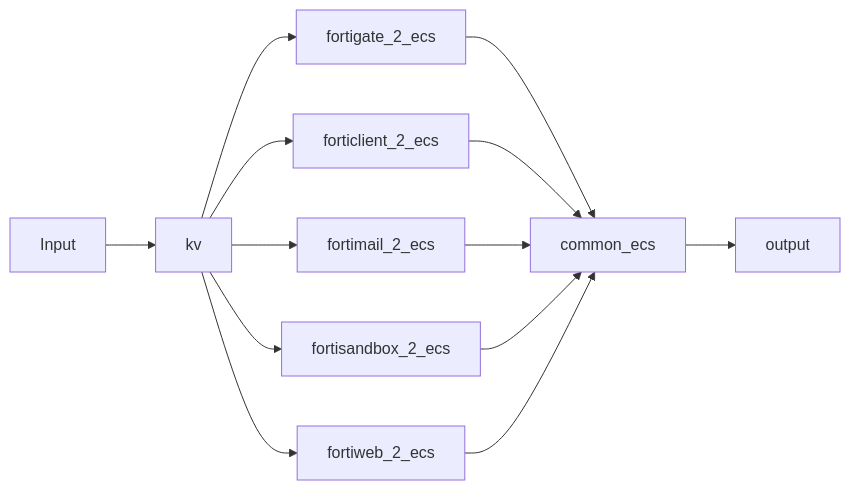
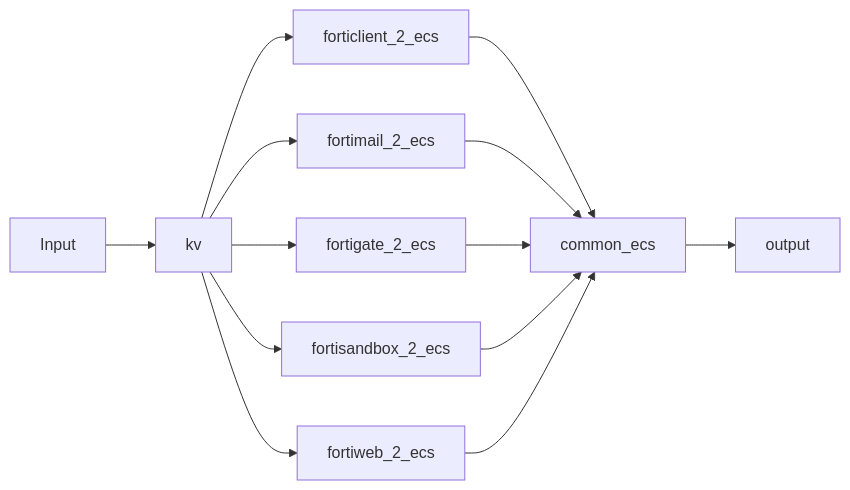
Before and after one commit to enotspe/fortinet-2-elasticsearch: the diagram in README.md, drawn with Mermaid. The commit also changed other lines of this file, not shown here.

````diff
--- a/README.md
+++ b/README.md
@@ -209,15 +209,15 @@
 ```mermaid
 graph LR;
     Input-->kv;
+    kv-->fortimail_2_ecs;
+    kv-->forticlient_2_ecs;
     kv-->fortigate_2_ecs;
-    kv-->forticlient_2_ecs;
-    kv-->fortimail_2_ecs;
     kv-->fortisandbox_2_ecs;
     kv-->fortiweb_2_ecs;
-    fortigate_2_ecs-->common_ecs;
     forticlient_2_ecs-->common_ecs;
     fortimail_2_ecs-->common_ecs;
+    fortigate_2_ecs-->common_ecs;
     fortisandbox_2_ecs-->common_ecs;
     fortiweb_2_ecs-->common_ecs;
     common_ecs-->output;
 ```
````
